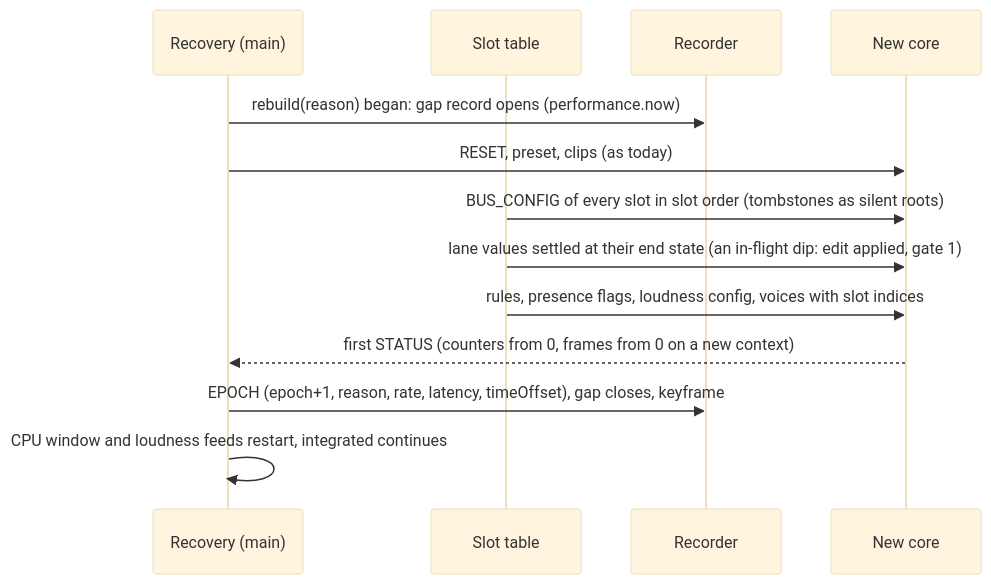
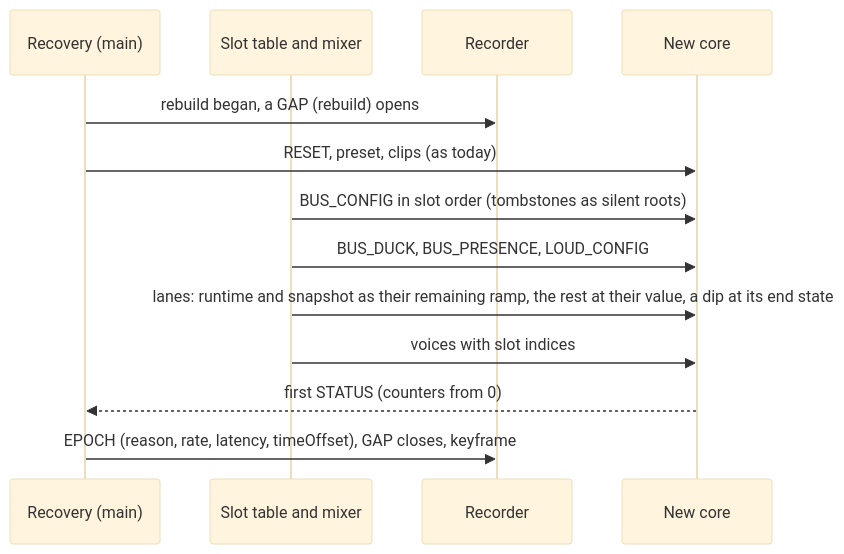
One commit to doughtnerd/TranquilityEngine changed the eighth of 10 diagrams in docs/design/0171-audio-mix/architecture.md. Above: the diagram before and after it, drawn with Mermaid (base theme). The commit also changed other lines of this file and 1 other file, not shown here.

First line of the commit message:
M5 design: architecture and contracts revision 2 (rulings R1-R25, resolutions of the senior's review)

````diff
--- a/docs/design/0171-audio-mix/architecture.md
+++ b/docs/design/0171-audio-mix/architecture.md
@@ -227,15 +251,15 @@
 ```mermaid
 sequenceDiagram
   participant Rc as Recovery (main)
-  participant T as Slot table
+  participant T as Slot table and mixer
   participant R as Recorder
   participant K as New core
-  Rc->>R: rebuild(reason) began: gap record opens (performance.now)
+  Rc->>R: rebuild began, a GAP (rebuild) opens
   Rc->>K: RESET, preset, clips (as today)
-  T->>K: BUS_CONFIG of every slot in slot order (tombstones as silent roots)
-  T->>K: lane values settled at their end state (an in-flight dip: edit applied, gate 1)
-  T->>K: rules, presence flags, loudness config, voices with slot indices
-  K-->>Rc: first STATUS (counters from 0, frames from 0 on a new context)
-  Rc->>R: EPOCH (epoch+1, reason, rate, latency, timeOffset), gap closes, keyframe
-  Rc->>Rc: CPU window and loudness feeds restart, integrated continues
+  T->>K: BUS_CONFIG in slot order (tombstones as silent roots)
+  T->>K: BUS_DUCK, BUS_PRESENCE, LOUD_CONFIG
+  T->>K: lanes: runtime and snapshot as their remaining ramp, the rest at their value, a dip at its end state
+  T->>K: voices with slot indices
+  K-->>Rc: first STATUS (counters from 0)
+  Rc->>R: EPOCH (reason, rate, latency, timeOffset), GAP closes, keyframe
 ```
````
